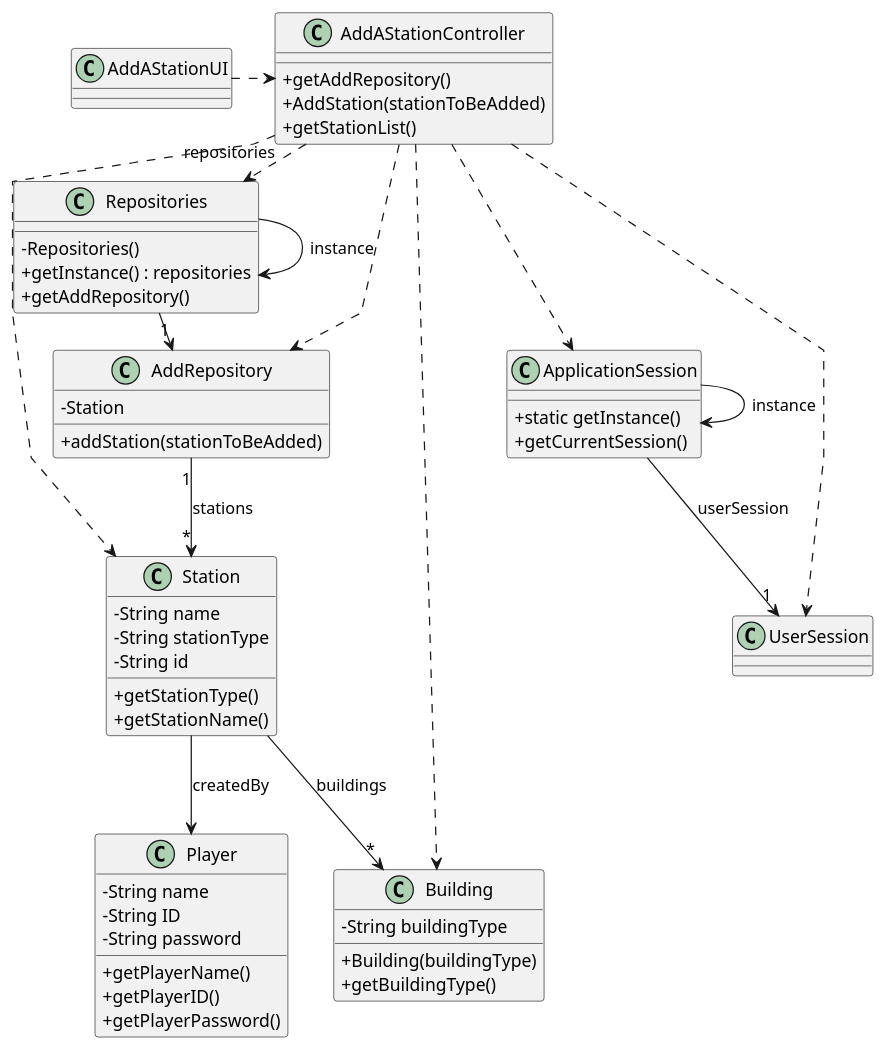
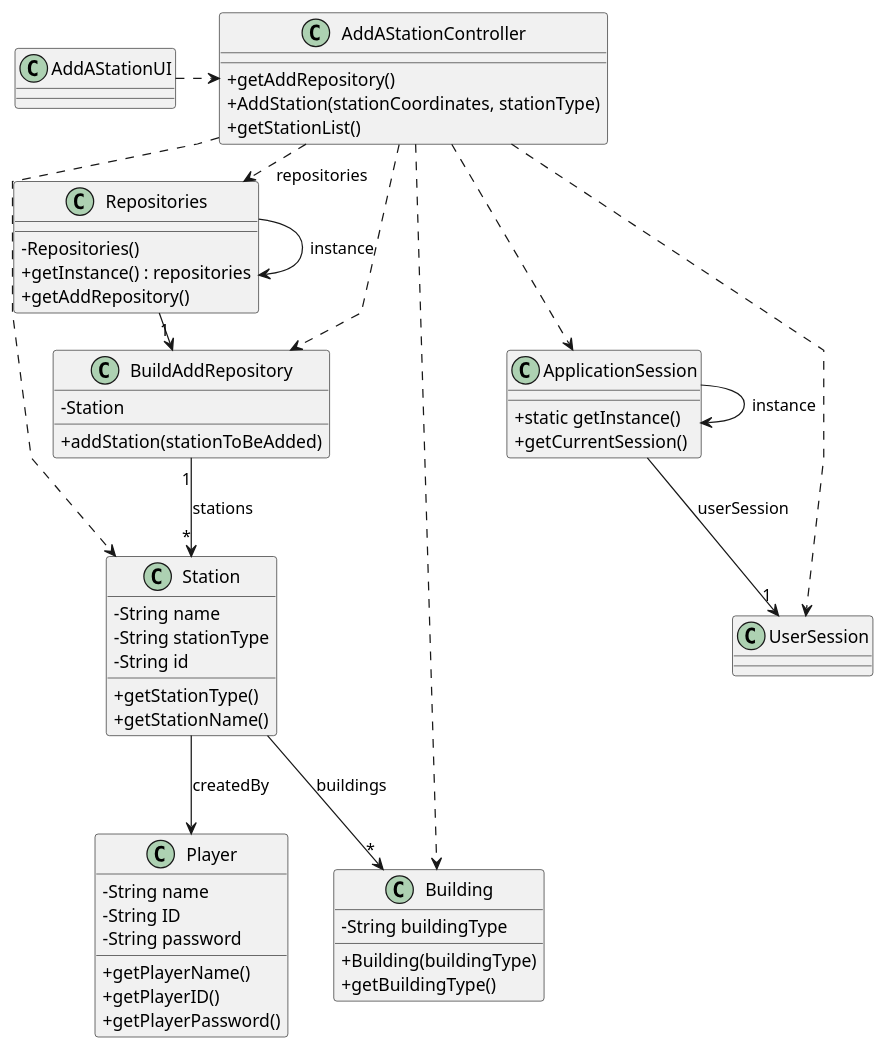
Before and after one commit to ivasduarte/all-aboard: the diagram in docs/sprint2/us005/03.design/puml/us005-class-diagram.puml, drawn with PlantUML. The commit also changed 2 other files, not shown here.

Commit message:
US005(docs): Class Diagram Added

```diff
--- a/docs/sprint2/us005/03.design/puml/us005-class-diagram.puml
+++ b/docs/sprint2/us005/03.design/puml/us005-class-diagram.puml
@@ -1,82 +1,82 @@
 @startuml
 skinparam packageeStyle rectangle
 skinparam shadowing false
 skinparam linetype polyline
 
 skinparam classAttributeIconSize 0
 
 class Player {
     - String name
     - String ID
     - String password
     + getPlayerName()
     + getPlayerID()
     + getPlayerPassword()
 }
 
 class UserSession {
 }
 
 class ApplicationSession {
     + static getInstance()
     + getCurrentSession()
 }
 
 
 class Station {
     - String name
     - String stationType
     - String id
     + getStationType()
     + getStationName()
 }
 
 class Building {
     - String buildingType
     + Building(buildingType)
     + getBuildingType()
 }
 
 class AddAStationUI {
 }
 
 class AddAStationController {
     + getAddRepository()
-    + AddStation(stationToBeAdded)
+    + AddStation(stationCoordinates, stationType)
     + getStationList()
 }
 
 class Repositories {
     - Repositories()
     + getInstance() : repositories
     + getAddRepository()
 }
 
-class AddRepository {
+class BuildAddRepository {
     - Station
     + addStation(stationToBeAdded)
 }
 
 Repositories -> Repositories : instance
 ApplicationSession -> ApplicationSession : instance
 
 AddAStationUI .> AddAStationController
 
 AddAStationController .> Repositories : repositories
 
-Repositories -> "1" AddRepository
+Repositories -> "1" BuildAddRepository
 AddAStationController ..> Station
 AddAStationController ..> Building
-AddAStationController ..> AddRepository
+AddAStationController ..> BuildAddRepository
 
 ApplicationSession --> "1" UserSession : userSession
 
 AddAStationController ..> ApplicationSession
 AddAStationController ..> UserSession
 
-AddRepository "1" --> "*" Station : stations
+BuildAddRepository "1" --> "*" Station : stations
 
 Station --> Player : createdBy
 Station --> "*" Building : buildings
 
 @enduml
```
